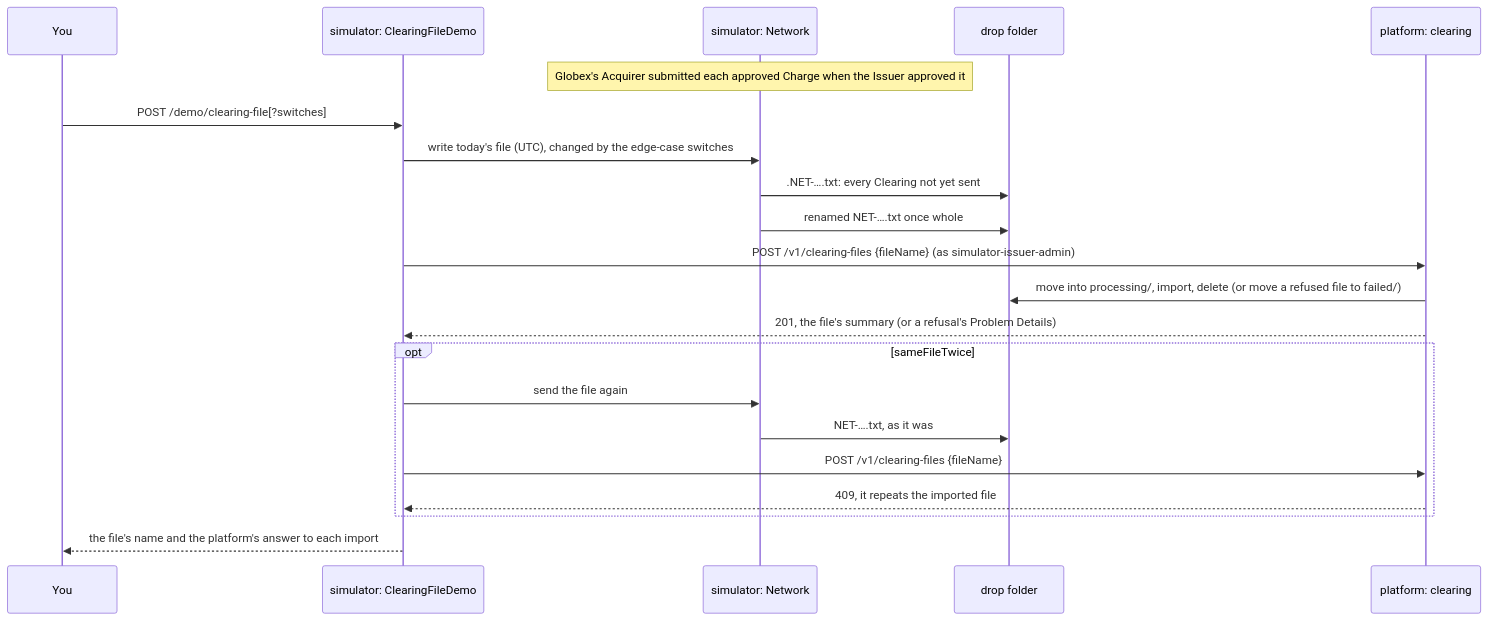
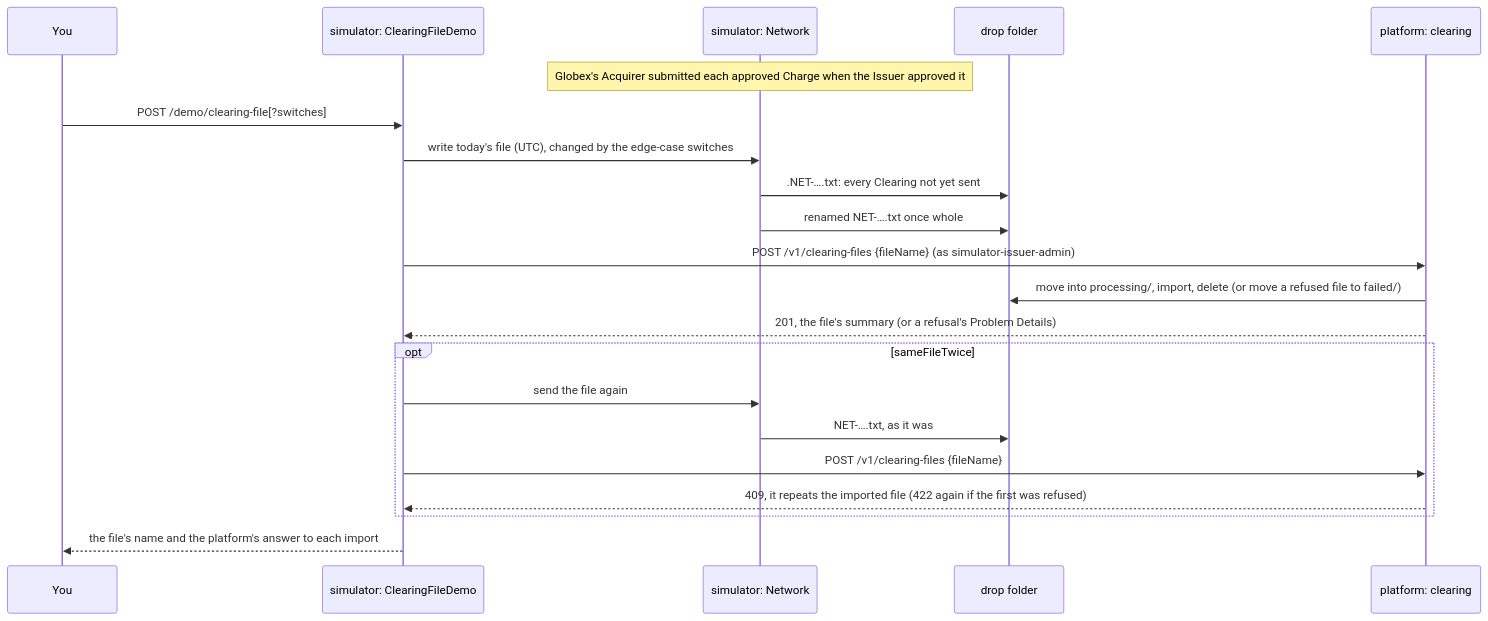
One commit to rgonzal92/b2b-payments-platform changed the tenth of 10 diagrams in docs/architecture.md. Above: the diagram before and after it, drawn with Mermaid. The commit also changed other lines of this file and 6 other files, not shown here.

````diff
--- a/docs/architecture.md
+++ b/docs/architecture.md
@@ -415,24 +415,24 @@
 ```mermaid
 sequenceDiagram
   participant You
   participant DEMO as simulator: ClearingFileDemo
   participant NET as simulator: Network
   participant DROP as drop folder
   participant PLT as platform: clearing
 
   Note over NET: Globex's Acquirer submitted each approved Charge when the Issuer approved it
   You->>DEMO: POST /demo/clearing-file[?switches]
   DEMO->>NET: write today's file (UTC), changed by the edge-case switches
   NET->>DROP: .NET-….txt: every Clearing not yet sent
   NET->>DROP: renamed NET-….txt once whole
   DEMO->>PLT: POST /v1/clearing-files {fileName} (as simulator-issuer-admin)
   PLT->>DROP: move into processing/, import, delete (or move a refused file to failed/)
   PLT-->>DEMO: 201, the file's summary (or a refusal's Problem Details)
   opt sameFileTwice
     DEMO->>NET: send the file again
     NET->>DROP: NET-….txt, as it was
     DEMO->>PLT: POST /v1/clearing-files {fileName}
-    PLT-->>DEMO: 409, it repeats the imported file
+    PLT-->>DEMO: 409, it repeats the imported file (422 again if the first was refused)
   end
   DEMO-->>You: the file's name and the platform's answer to each import
 ```
````
